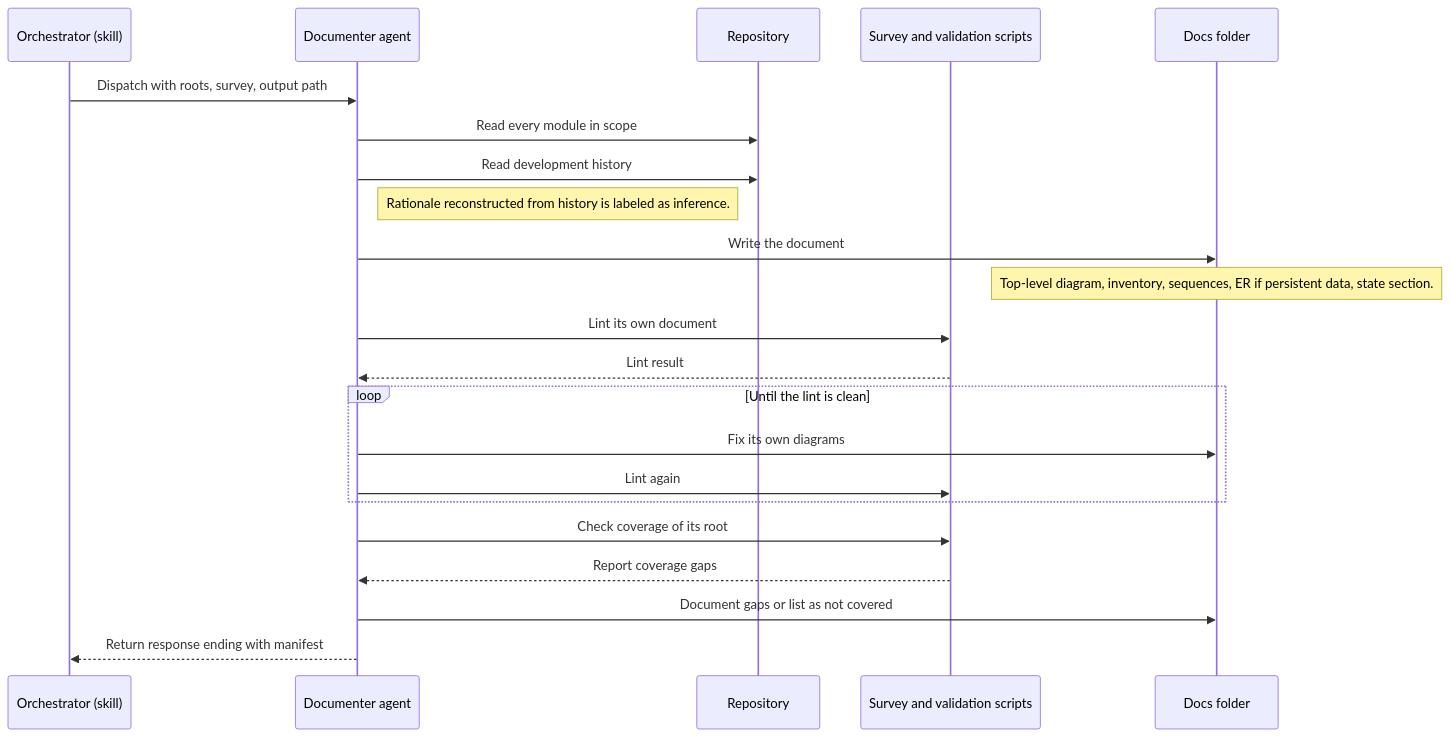
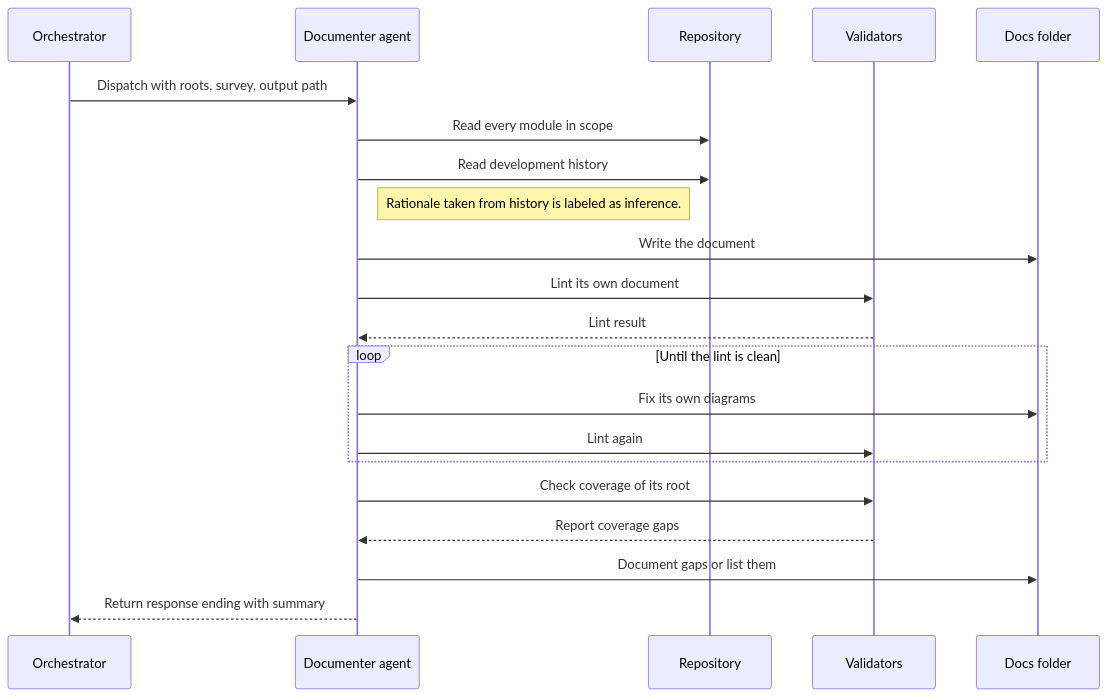
Before and after one commit to peterlit/quiller-claude-plugins: the eighth of 16 diagrams in docs/architecture/arch-docs-tools.md, drawn with Mermaid. The commit also changed other lines of this file and 5 other files, not shown here.

````diff
--- a/docs/architecture/arch-docs-tools.md
+++ b/docs/architecture/arch-docs-tools.md
@@ -396,25 +741,24 @@
 ```mermaid
 sequenceDiagram
-  participant Orch as Orchestrator (skill)
+  participant Orch as Orchestrator
   participant Det as Documenter agent
   participant Repo as Repository
-  participant Scripts as Survey and validation scripts
+  participant Val as Validators
   participant Docs as Docs folder
 
   Orch->>Det: Dispatch with roots, survey, output path
   Det->>Repo: Read every module in scope
   Det->>Repo: Read development history
-  Note right of Det: Rationale reconstructed from history is labeled as inference.
+  Note right of Det: Rationale taken from history is labeled as inference.
   Det->>Docs: Write the document
-  Note over Docs: Top-level diagram, inventory, sequences, ER if persistent data, state section.
-  Det->>Scripts: Lint its own document
-  Scripts-->>Det: Lint result
+  Det->>Val: Lint its own document
+  Val-->>Det: Lint result
   loop Until the lint is clean
     Det->>Docs: Fix its own diagrams
-    Det->>Scripts: Lint again
+    Det->>Val: Lint again
   end
-  Det->>Scripts: Check coverage of its root
-  Scripts-->>Det: Report coverage gaps
-  Det->>Docs: Document gaps or list as not covered
-  Det-->>Orch: Return response ending with manifest
+  Det->>Val: Check coverage of its root
+  Val-->>Det: Report coverage gaps
+  Det->>Docs: Document gaps or list them
+  Det-->>Orch: Return response ending with summary
 ```
````
